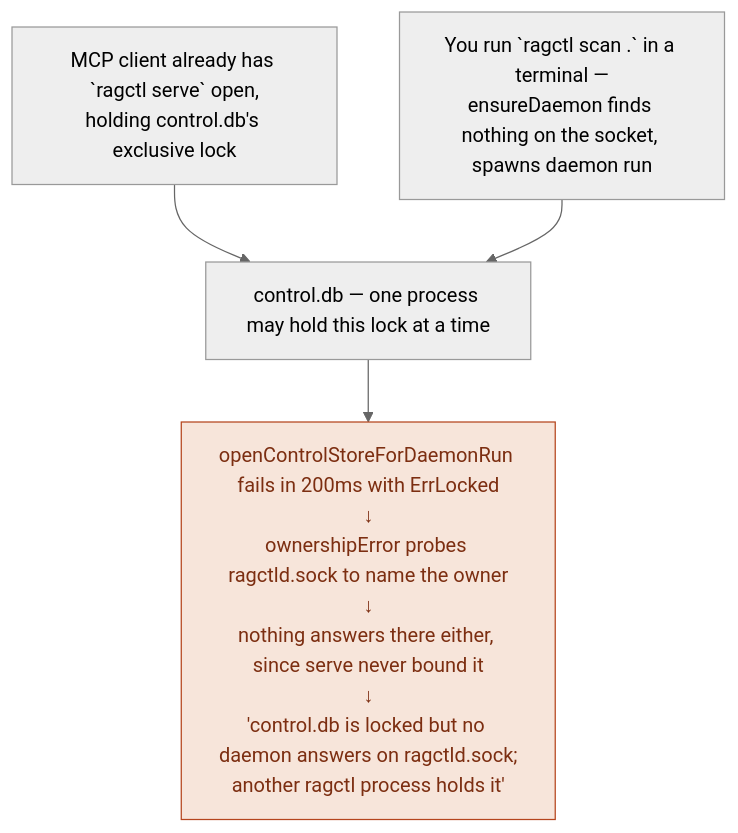
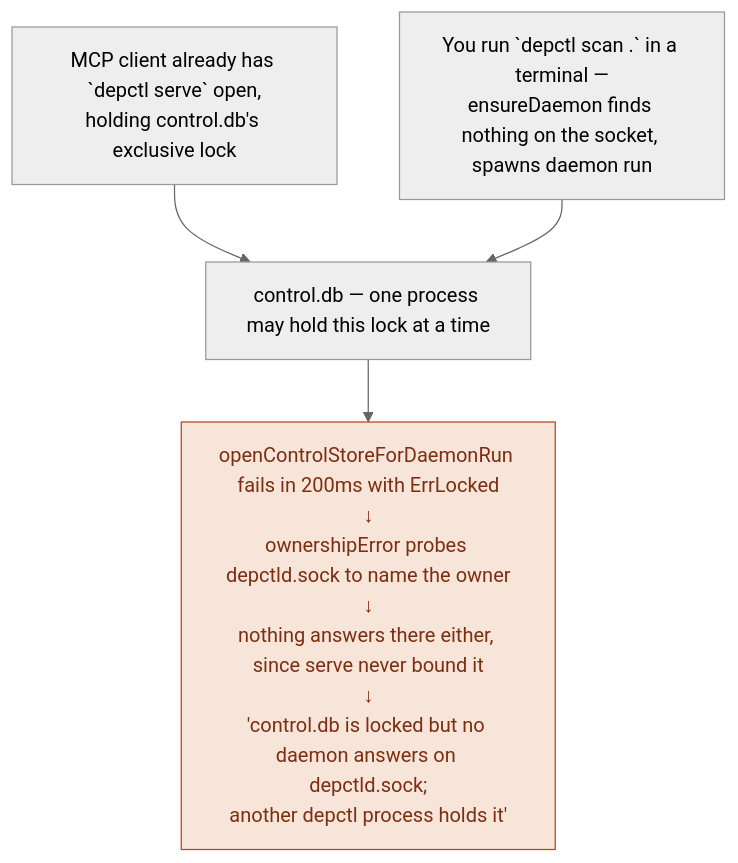
The second of 3 diagrams in docs/scratch/daemon-mcp-topology.md (aleutian-ai/depctl), drawn with Mermaid (neutral theme) before and after one commit. The commit also changed other lines of this file and 588 other files, not shown here.

Commit message:
Rename ragctl to depctl: binary, module github.com/aleutian-ai/depctl, paths, env vars, metrics, MCP name, docs

````diff
--- a/docs/scratch/daemon-mcp-topology.md
+++ b/docs/scratch/daemon-mcp-topology.md
@@ -34,12 +34,12 @@
 ```mermaid
 flowchart TB
-    A["MCP client already has `ragctl serve` open,<br/>holding control.db's exclusive lock"]
-    B["You run `ragctl scan .` in a terminal —<br/>ensureDaemon finds nothing on the socket, spawns daemon run"]
+    A["MCP client already has `depctl serve` open,<br/>holding control.db's exclusive lock"]
+    B["You run `depctl scan .` in a terminal —<br/>ensureDaemon finds nothing on the socket, spawns daemon run"]
     A --> L
     B --> L
     L["control.db — one process may hold this lock at a time"]
-    L --> E["openControlStoreForDaemonRun fails in 200ms with ErrLocked<br/>↓<br/>ownershipError probes ragctld.sock to name the owner<br/>↓<br/>nothing answers there either, since serve never bound it<br/>↓<br/>'control.db is locked but no daemon answers on ragctld.sock;<br/>another ragctl process holds it'"]
+    L --> E["openControlStoreForDaemonRun fails in 200ms with ErrLocked<br/>↓<br/>ownershipError probes depctld.sock to name the owner<br/>↓<br/>nothing answers there either, since serve never bound it<br/>↓<br/>'control.db is locked but no daemon answers on depctld.sock;<br/>another depctl process holds it'"]
 
     classDef err fill:#f7e5da,stroke:#b5451d,color:#7c2e11;
     class E err;
 ```
````
